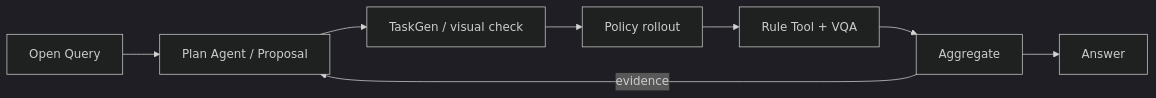
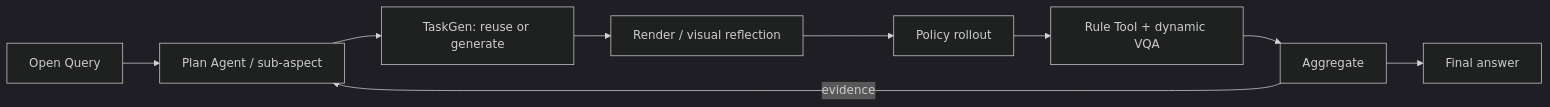
The diagram in docs/evidence/current/README.md (Yutenji-Nyamu/mea), drawn with Mermaid (dark theme) before and after one commit. The commit also changed other lines of this file and 85 other files, not shown here.

````diff
--- a/docs/evidence/current/README.md
+++ b/docs/evidence/current/README.md
@@ -51,10 +16,11 @@
 ```mermaid
 flowchart LR
-  Q["Open Query"] --> P["Plan Agent / Proposal"]
-  P --> T["TaskGen / visual check"]
-  T --> R["Policy rollout"]
-  R --> V["Rule Tool + VQA"]
+  Q["Open Query"] --> P["Plan Agent / sub-aspect"]
+  P --> T["TaskGen: reuse or generate"]
+  T --> I["Render / visual reflection"]
+  I --> E["Policy rollout"]
+  E --> V["Rule Tool + dynamic VQA"]
   V --> A["Aggregate"]
   A -->|"evidence"| P
-  A --> F["Answer"]
+  A --> R["Final answer"]
 ```
````
